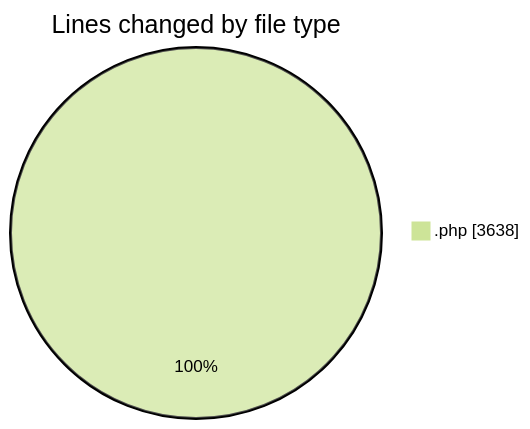
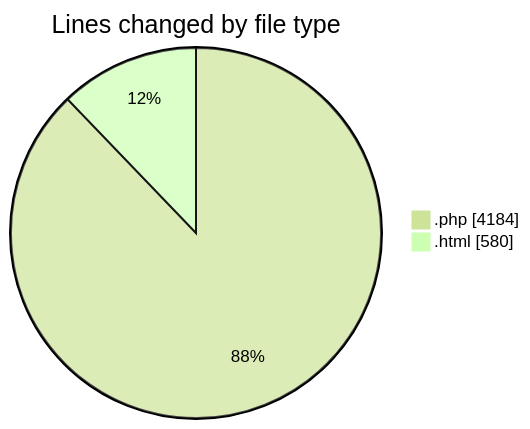
The first of 2 diagrams in 2025-09-02/quytuthien_vn/README.md (lephambinh05/code-tracking), drawn with Mermaid (forest theme) before and after one commit. The commit also changed other lines of this file and 1 other file, not shown here.

````diff
--- a/2025-09-02/quytuthien_vn/README.md
+++ b/2025-09-02/quytuthien_vn/README.md
@@ -20,5 +22,6 @@
 ```mermaid
 pie showData
 title Lines changed by file type
-".php" : 3638
+".php" : 4184
+".html" : 580
 ```
````
